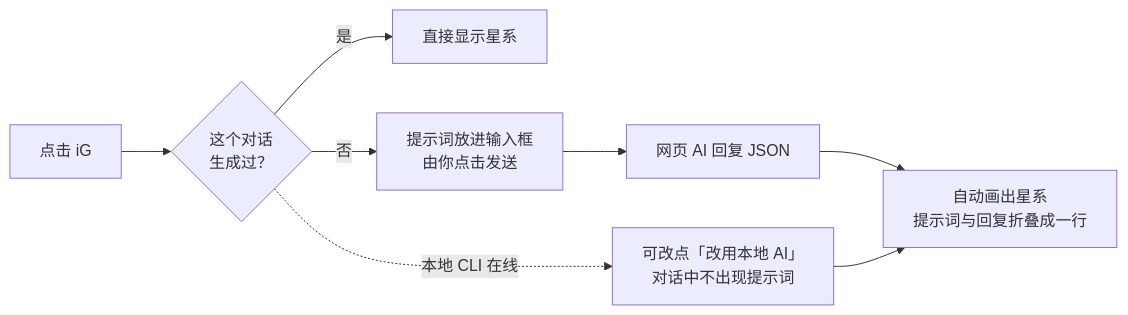
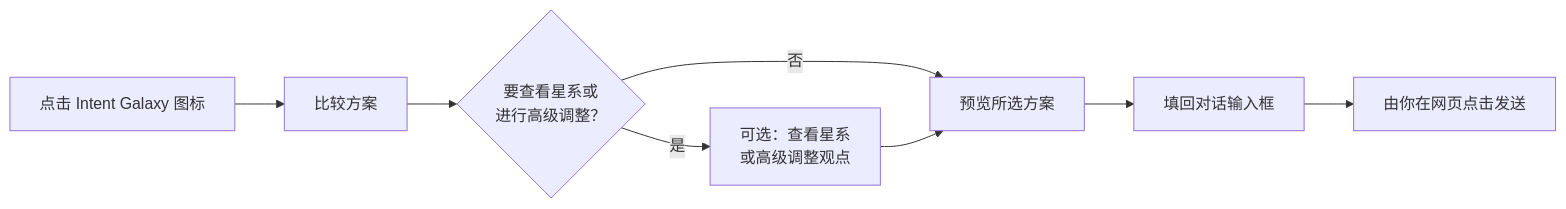
One commit to stephen-taipei/intent-galaxy changed the fourth of 4 diagrams in README.zh-CN.md. Above: the diagram before and after it, drawn with Mermaid. The commit also changed other lines of this file and 157 other files, not shown here.

````diff
--- a/README.zh-CN.md
+++ b/README.zh-CN.md
@@ -235,10 +237,10 @@
 ```mermaid
 flowchart LR
-    A["点击 iG"] --> B{"这个对话<br/>生成过？"}
-    B -- 是 --> C["直接显示星系"]
-    B -- 否 --> D["提示词放进输入框<br/>由你点击发送"]
-    D --> E["网页 AI 回复 JSON"]
-    E --> F["自动画出星系<br/>提示词与回复折叠成一行"]
-    B -. 本地 CLI 在线 .-> G["可改点「改用本地 AI」<br/>对话中不出现提示词"]
-    G --> F
+    A["点击 Intent Galaxy 图标"] --> B["比较方案"]
+    B --> C{"要查看星系或<br/>进行高级调整？"}
+    C -- 是 --> D["可选：查看星系<br/>或高级调整观点"]
+    C -- 否 --> E["预览所选方案"]
+    D --> E
+    E --> F["填回对话输入框"]
+    F --> G["由你在网页点击发送"]
 ```
````
